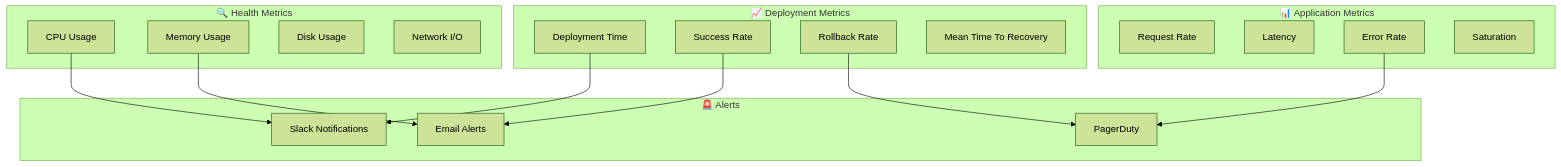
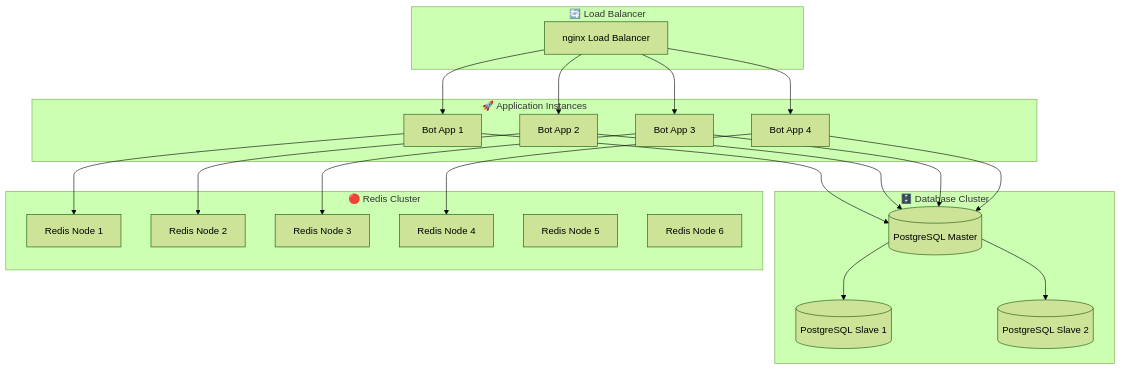
One commit to neKamita/Mirza-Telegram-Shop-Bot changed the ninth of 12 diagrams in docs/DEPLOYMENT.md. Above: the diagram before and after it, drawn with Mermaid (forest theme). The commit also changed other lines of this file and 7 other files, not shown here.

````diff
--- a/docs/DEPLOYMENT.md
+++ b/docs/DEPLOYMENT.md
@@ -313,38 +939,46 @@
 ```mermaid
 graph TB
-    subgraph "📈 Deployment Metrics"
-        DT[Deployment Time]
-        SR[Success Rate]
-        RB[Rollback Rate]
-        MTTR[Mean Time To Recovery]
+    subgraph "🔄 Load Balancer"
+        LB[nginx Load Balancer]
     end
-    
-    subgraph "🔍 Health Metrics"
-        CPU[CPU Usage]
-        MEM[Memory Usage]
-        DISK[Disk Usage]
-        NET[Network I/O]
+
+    subgraph "🚀 Application Instances"
+        APP1[Bot App 1]
+        APP2[Bot App 2]
+        APP3[Bot App 3]
+        APP4[Bot App 4]
     end
-    
-    subgraph "📊 Application Metrics"
-        REQ[Request Rate]
-        LAT[Latency]
-        ERR[Error Rate]
-        SAT[Saturation]
+
+    subgraph "🗄️ Database Cluster"
+        MASTER[(PostgreSQL Master)]
+        SLAVE1[(PostgreSQL Slave 1)]
+        SLAVE2[(PostgreSQL Slave 2)]
     end
-    
-    subgraph "🚨 Alerts"
-        SLACK[Slack Notifications]
-        EMAIL[Email Alerts]
-        PAGER[PagerDuty]
+
+    subgraph "🔴 Redis Cluster"
+        R1[Redis Node 1]
+        R2[Redis Node 2]
+        R3[Redis Node 3]
+        R4[Redis Node 4]
+        R5[Redis Node 5]
+        R6[Redis Node 6]
     end
-    
-    DT --> SLACK
-    SR --> EMAIL
-    RB --> PAGER
-    
-    CPU --> SLACK
-    MEM --> EMAIL
-    ERR --> PAGER
-    
+
+    LB --> APP1
+    LB --> APP2
+    LB --> APP3
+    LB --> APP4
+
+    APP1 --> MASTER
+    APP2 --> MASTER
+    APP3 --> MASTER
+    APP4 --> MASTER
+
+    MASTER --> SLAVE1
+    MASTER --> SLAVE2
+
+    APP1 --> R1
+    APP2 --> R2
+    APP3 --> R3
+    APP4 --> R4
 ```
````
